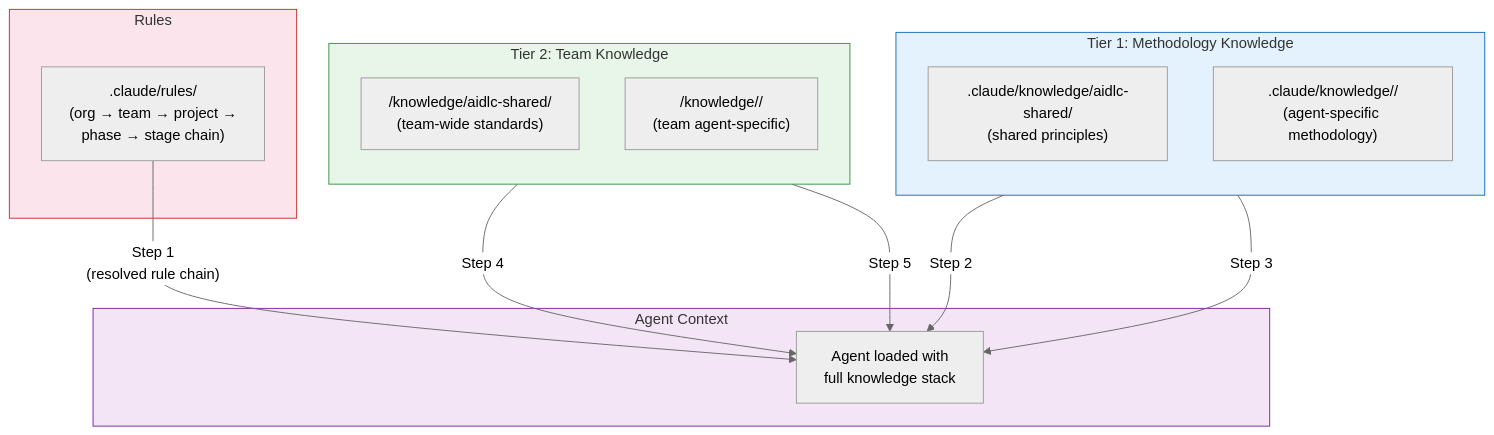
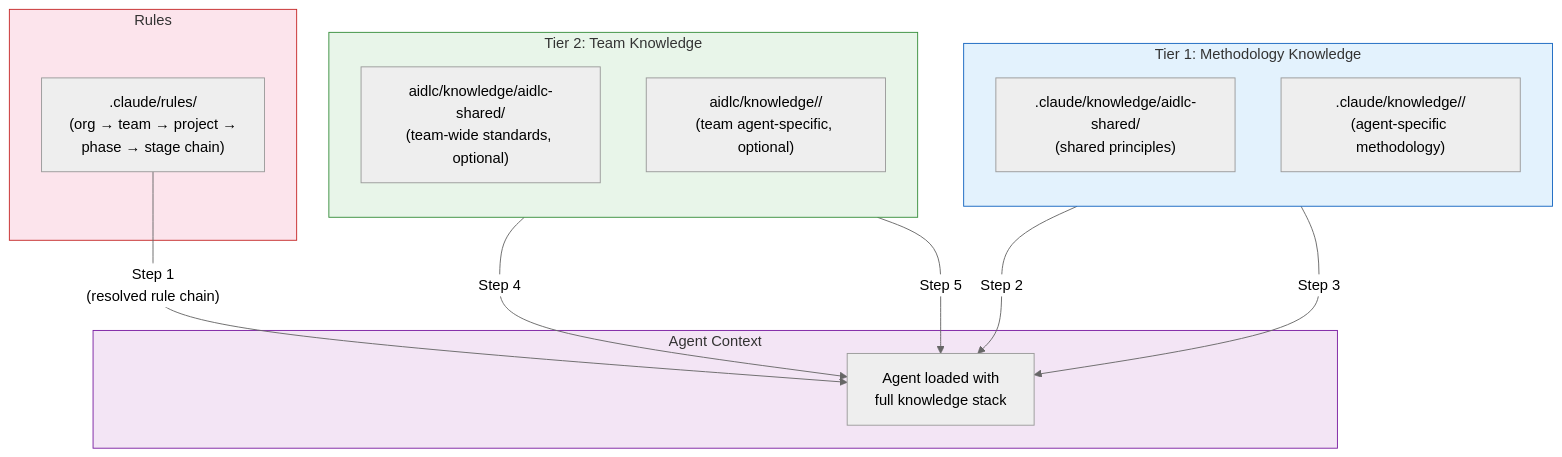
One commit to awslabs/aidlc-workflows changed the first of 2 diagrams in docs/guide/07-knowledge.md. Above: the diagram before and after it, drawn with Mermaid (neutral theme). The commit also changed other lines of this file and 27 other files, not shown here.

First line of the commit message:
docs: team knowledge is space-level free-form, not per-intent scaffolded

````diff
--- a/docs/guide/07-knowledge.md
+++ b/docs/guide/07-knowledge.md
@@ -9,33 +9,33 @@
 ```mermaid
 flowchart TD
     subgraph TIER1["Tier 1: Methodology Knowledge"]
         direction TB
         MK_SHARED[".claude/knowledge/aidlc-shared/\n(shared principles)"]
         MK_AGENT[".claude/knowledge/<agent>/\n(agent-specific methodology)"]
     end
 
     subgraph TIER2["Tier 2: Team Knowledge"]
         direction TB
-        TK_SHARED["<record>/knowledge/aidlc-shared/\n(team-wide standards)"]
-        TK_AGENT["<record>/knowledge/<agent>/\n(team agent-specific)"]
+        TK_SHARED["aidlc/knowledge/aidlc-shared/\n(team-wide standards, optional)"]
+        TK_AGENT["aidlc/knowledge/<agent>/\n(team agent-specific, optional)"]
     end
 
     subgraph RULES["Rules"]
         GR[".claude/rules/\n(org → team → project →\nphase → stage chain)"]
     end
 
     subgraph CONTEXT["Agent Context"]
         AC["Agent loaded with\nfull knowledge stack"]
     end
 
     GR -->|"Step 1\n(resolved rule chain)"| AC
     MK_SHARED -->|"Step 2"| AC
     MK_AGENT -->|"Step 3"| AC
     TK_SHARED -->|"Step 4"| AC
     TK_AGENT -->|"Step 5"| AC
 
     style TIER1 fill:#e3f2fd,stroke:#1565c0
     style TIER2 fill:#e8f5e9,stroke:#388e3c
     style RULES fill:#fce4ec,stroke:#c62828
     style CONTEXT fill:#f3e5f5,stroke:#7b1fa2
 ```
````
